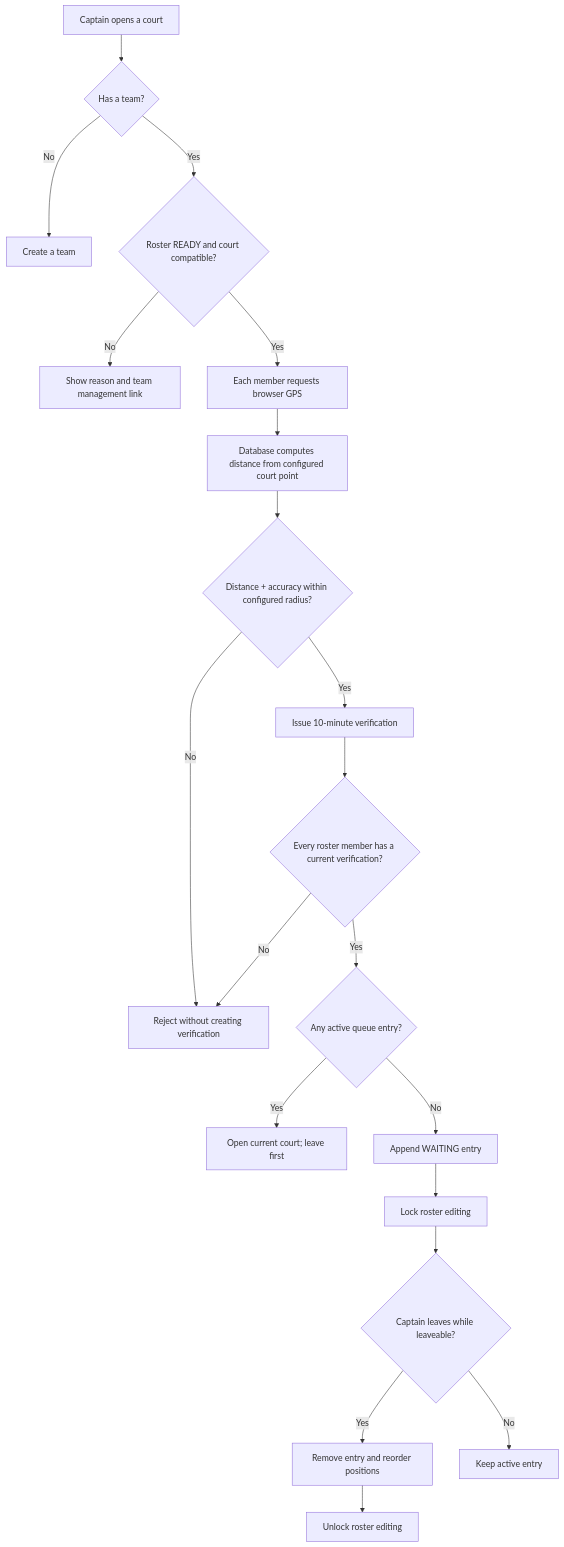
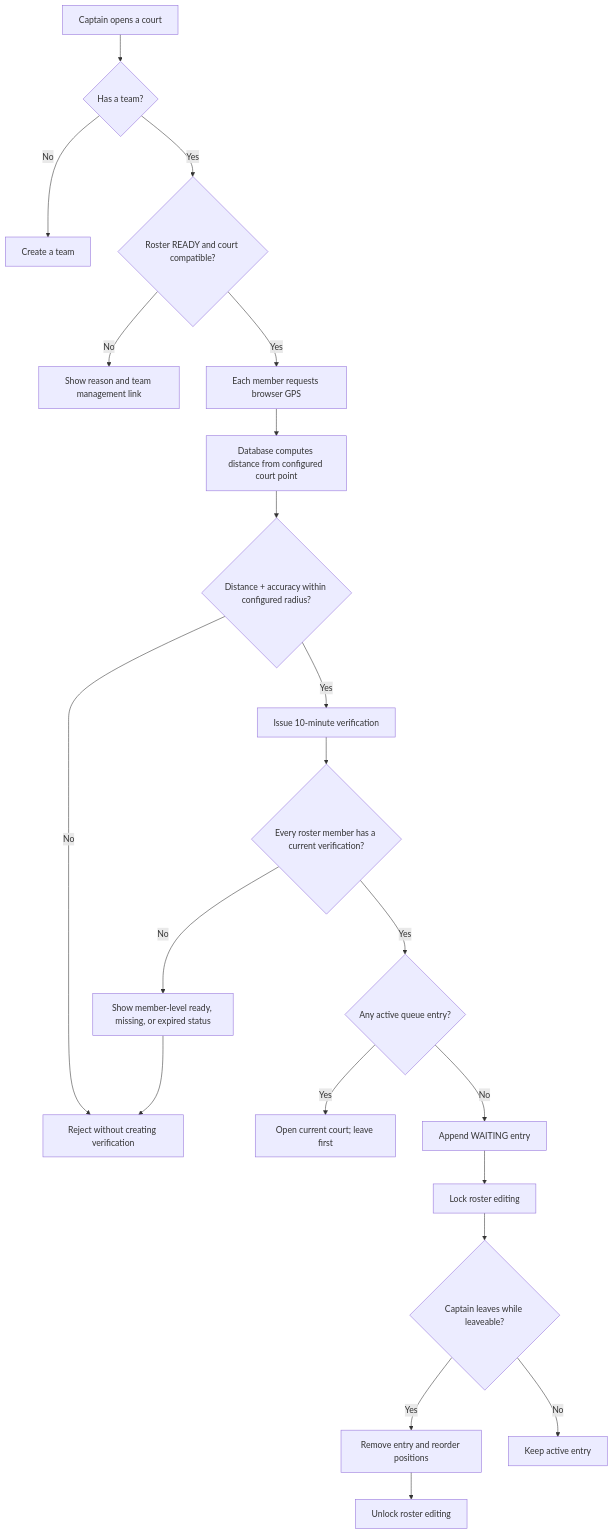
One commit to Nokpednam/MeQ-web-app changed the diagram in docs/diagrams/court-queue-flow.mmd. Above: the diagram before and after it, drawn with Mermaid. The commit also changed 8 other files, not shown here.

```diff
--- a/docs/diagrams/court-queue-flow.mmd
+++ b/docs/diagrams/court-queue-flow.mmd
@@ -1,20 +1,21 @@
 flowchart TD
   A["Captain opens a court"] --> B{"Has a team?"}
   B -- No --> C["Create a team"]
   B -- Yes --> D{"Roster READY and court compatible?"}
   D -- No --> E["Show reason and team management link"]
   D -- Yes --> E1["Each member requests browser GPS"]
   E1 --> F["Database computes distance from configured court point"]
   F --> F1{"Distance + accuracy within configured radius?"}
   F1 -- No --> G["Reject without creating verification"]
   F1 -- Yes --> F2["Issue 10-minute verification"]
   F2 --> H{"Every roster member has a current verification?"}
-  H -- No --> G
+  H -- No --> H1["Show member-level ready, missing, or expired status"]
+  H1 --> G
   H -- Yes --> I{"Any active queue entry?"}
   I -- Yes --> I1["Open current court; leave first"]
   I -- No --> J["Append WAITING entry"]
   J --> K["Lock roster editing"]
   K --> L{"Captain leaves while leaveable?"}
   L -- Yes --> M["Remove entry and reorder positions"]
   M --> N["Unlock roster editing"]
   L -- No --> O["Keep active entry"]
```
